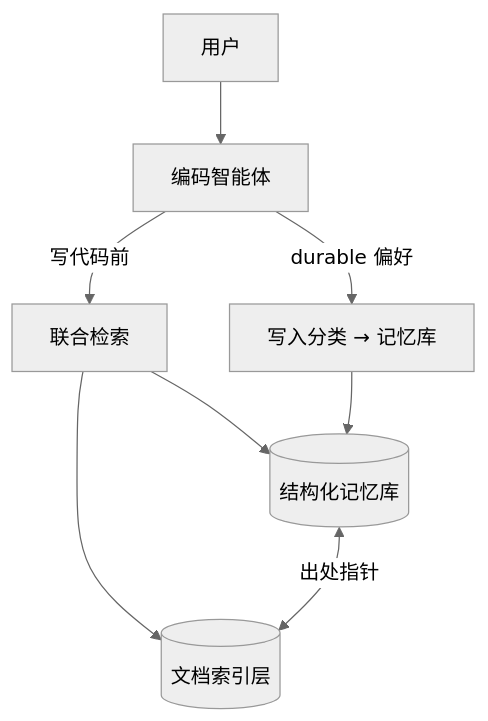
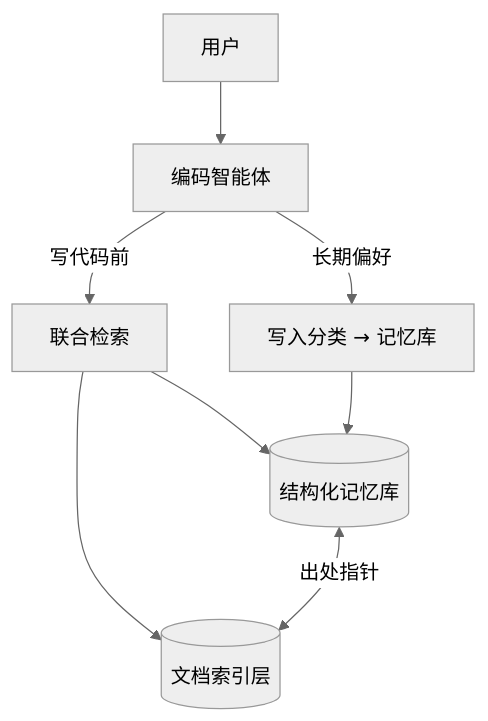
The diagram in docs/agent-memory-architecture.zh.md (SteamedBread2333/imprint), drawn with Mermaid (neutral theme) before and after one commit. The commit also changed other lines of this file and 3 other files, not shown here.

````diff
--- a/docs/agent-memory-architecture.zh.md
+++ b/docs/agent-memory-architecture.zh.md
@@ -22,12 +20,12 @@
 ```mermaid
 flowchart TB
   U[用户] --> A[编码智能体]
 
   A -->|写代码前| R[联合检索]
-  A -->|durable 偏好| W[写入分类 → 记忆库]
+  A -->|长期偏好| W[写入分类 → 记忆库]
 
   R --> V[(结构化记忆库)]
   R --> S[(文档索引层)]
   W --> V
   V <-->|出处指针| S
 ```
````
